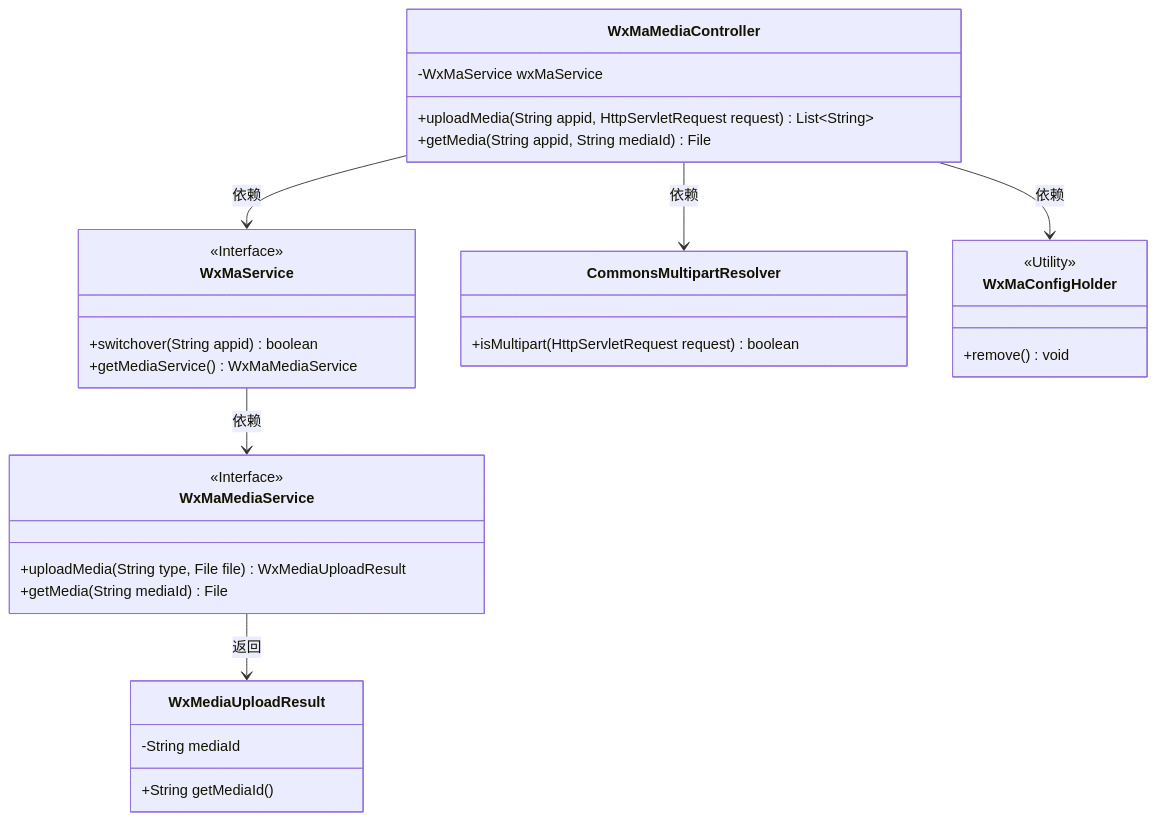
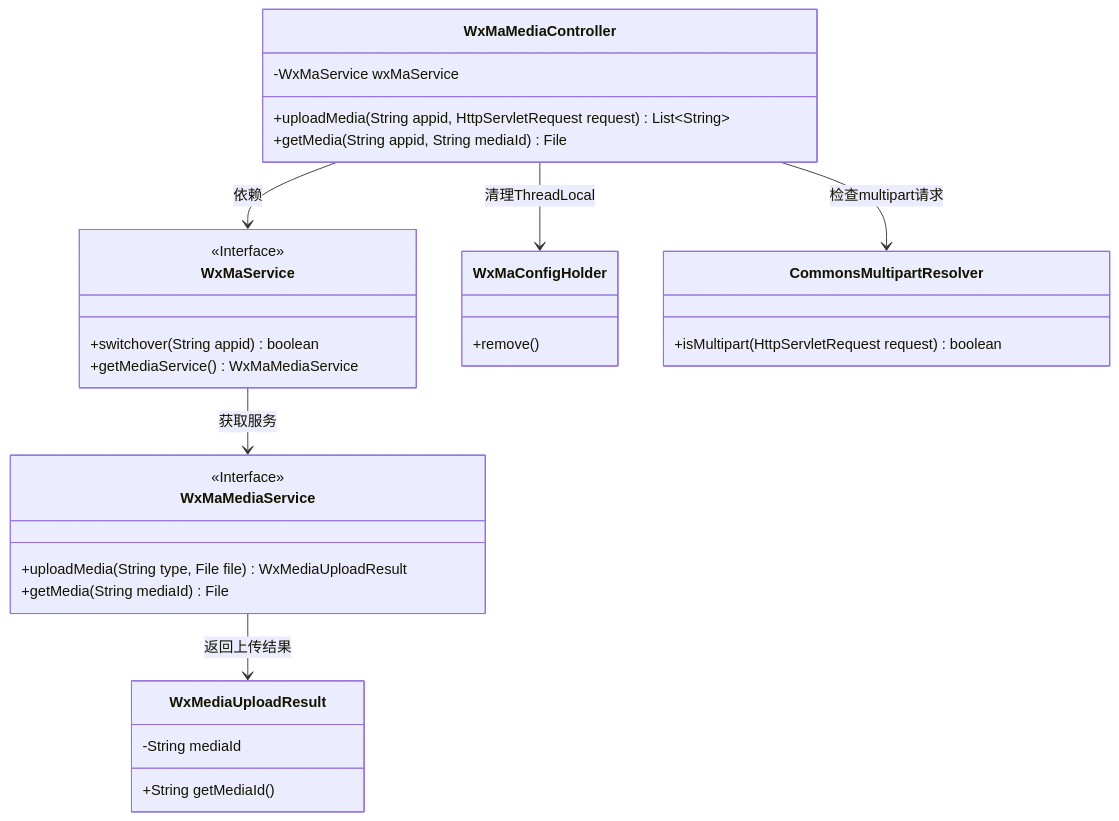
Before and after one commit to v-wjrong/rongwj666_weixin-java-miniapp-demo: the first of 3 diagrams in docs/zh/docs/src/main/java/com/github/binarywang/demo/wx/miniapp/controller/WxMaMediaController.md, drawn with Mermaid. The commit also changed other lines of this file and 46 other files, not shown here.

````diff
--- a/docs/zh/docs/src/main/java/com/github/binarywang/demo/wx/miniapp/controller/WxMaMediaController.md
+++ b/docs/zh/docs/src/main/java/com/github/binarywang/demo/wx/miniapp/controller/WxMaMediaController.md
@@ -36,40 +36,39 @@
 ```mermaid
 classDiagram
     class WxMaMediaController {
         -WxMaService wxMaService
         +uploadMedia(String appid, HttpServletRequest request) List~String~
         +getMedia(String appid, String mediaId) File
     }
 
     class WxMaService {
         <<Interface>>
         +switchover(String appid) boolean
         +getMediaService() WxMaMediaService
     }
 
     class WxMaMediaService {
         <<Interface>>
         +uploadMedia(String type, File file) WxMediaUploadResult
         +getMedia(String mediaId) File
     }
 
     class WxMediaUploadResult {
         -String mediaId
         +String getMediaId()
     }
 
+    class WxMaConfigHolder {
+        +remove()
+    }
+
     class CommonsMultipartResolver {
         +isMultipart(HttpServletRequest request) boolean
     }
 
-    class WxMaConfigHolder {
-        <<Utility>>
-        +remove() void
-    }
-
     WxMaMediaController --> WxMaService : 依赖
-    WxMaService --> WxMaMediaService : 依赖
-    WxMaMediaController --> CommonsMultipartResolver : 依赖
-    WxMaMediaController --> WxMaConfigHolder : 依赖
-    WxMaMediaService --> WxMediaUploadResult : 返回
+    WxMaMediaController --> WxMaConfigHolder : 清理ThreadLocal
+    WxMaMediaController --> CommonsMultipartResolver : 检查multipart请求
+    WxMaService --> WxMaMediaService : 获取服务
+    WxMaMediaService --> WxMediaUploadResult : 返回上传结果
 ```
````
